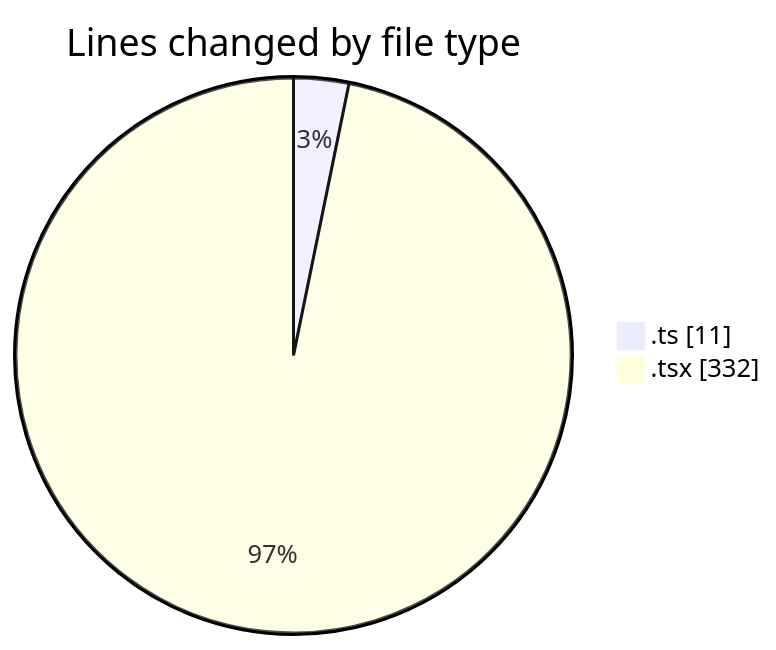
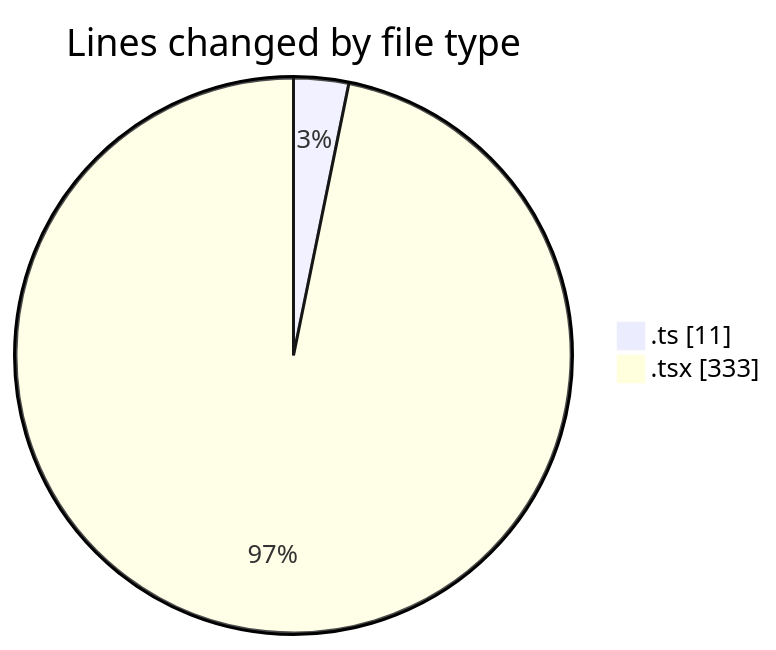
The first of 2 diagrams in 2025-03-21/cda/README.md (momahboobian/code-tracking), drawn with Mermaid before and after one commit. The commit also changed other lines of this file and 1 other file, not shown here.

````diff
--- a/2025-03-21/cda/README.md
+++ b/2025-03-21/cda/README.md
@@ -23,6 +23,6 @@
 ```mermaid
 pie showData
 title Lines changed by file type
 ".ts" : 11
-".tsx" : 332
+".tsx" : 333
 ```
````
